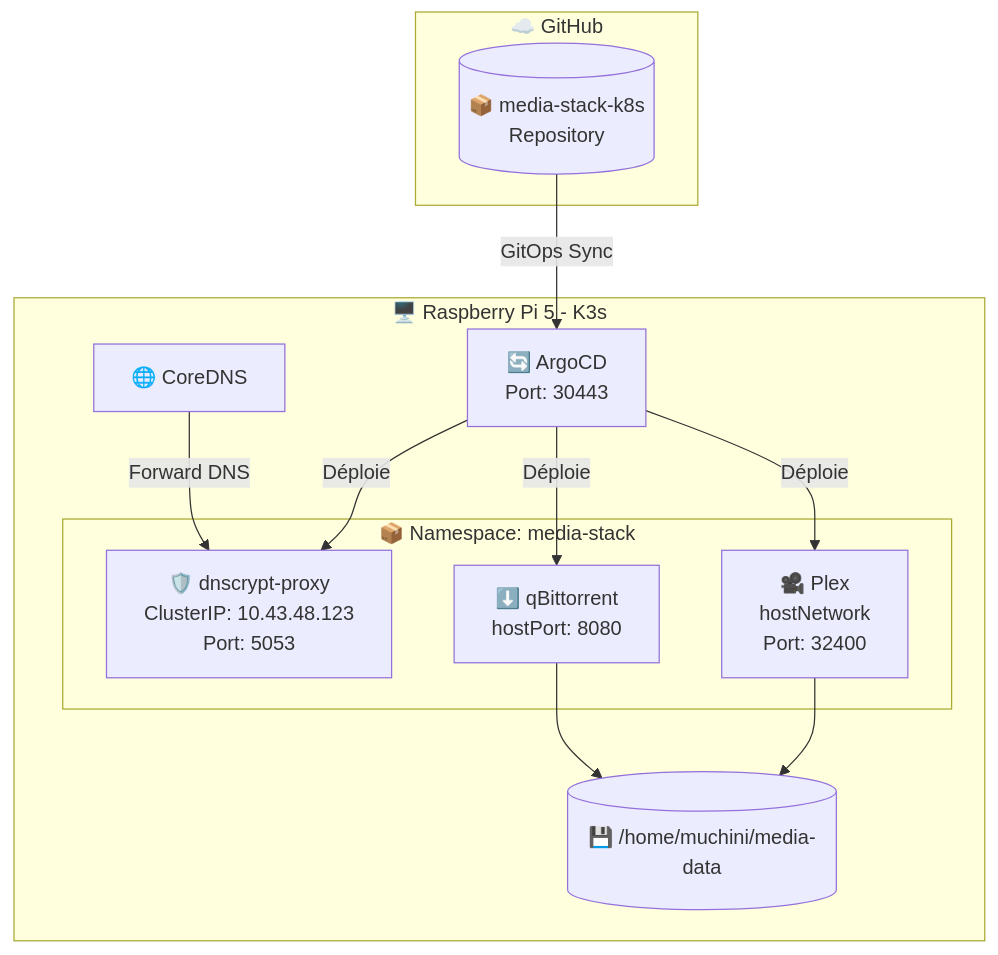
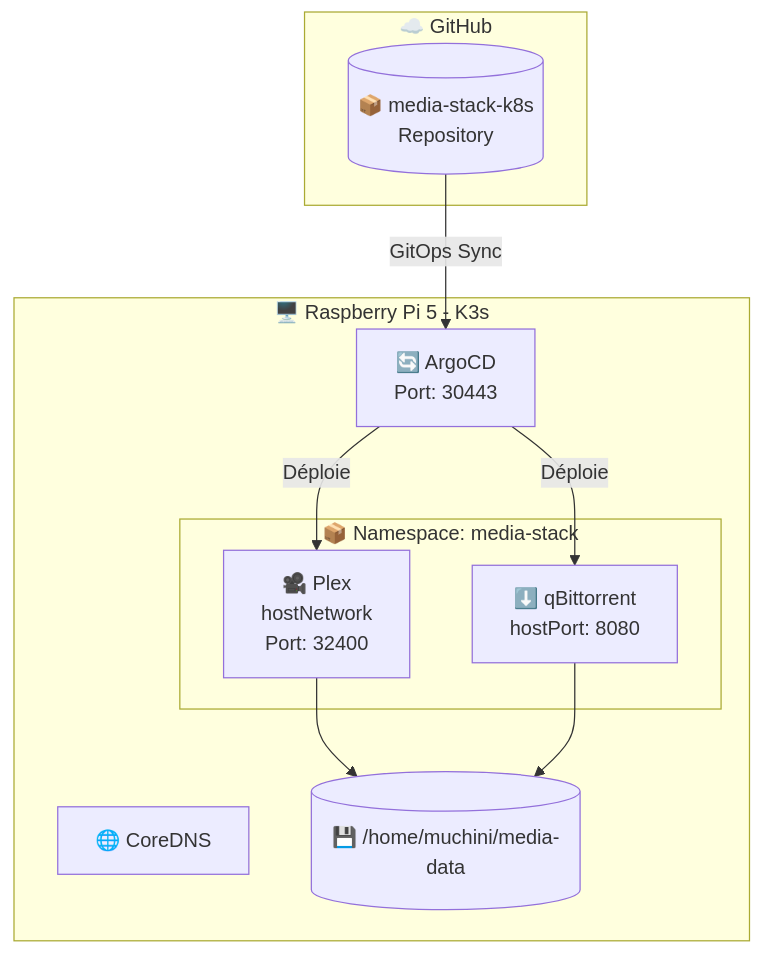
The first of 6 diagrams in CLAUDE.md (muchiny/media-stack-k8s), drawn with Mermaid before and after one commit. The commit also changed other lines of this file and 20 other files, not shown here.

````diff
--- a/CLAUDE.md
+++ b/CLAUDE.md
@@ -36,27 +34,24 @@
 ```mermaid
 graph TB
     subgraph "☁️ GitHub"
         Repo[(📦 media-stack-k8s<br/>Repository)]
     end
 
     subgraph "🖥️ Raspberry Pi 5 - K3s"
         ArgoCD[🔄 ArgoCD<br/>Port: 30443]
 
         subgraph "📦 Namespace: media-stack"
-            CF[🛡️ dnscrypt-proxy<br/>ClusterIP: 10.43.48.123<br/>Port: 5053]
             Plex[🎥 Plex<br/>hostNetwork<br/>Port: 32400]
             QB[⬇️ qBittorrent<br/>hostPort: 8080]
         end
 
         CoreDNS[🌐 CoreDNS]
         Storage[(💾 /home/muchini/media-data)]
     end
 
     Repo -->|"GitOps Sync"| ArgoCD
-    ArgoCD -->|"Déploie"| CF
     ArgoCD -->|"Déploie"| Plex
     ArgoCD -->|"Déploie"| QB
-    CoreDNS -->|"Forward DNS"| CF
     Plex --> Storage
     QB --> Storage
 ```
````
